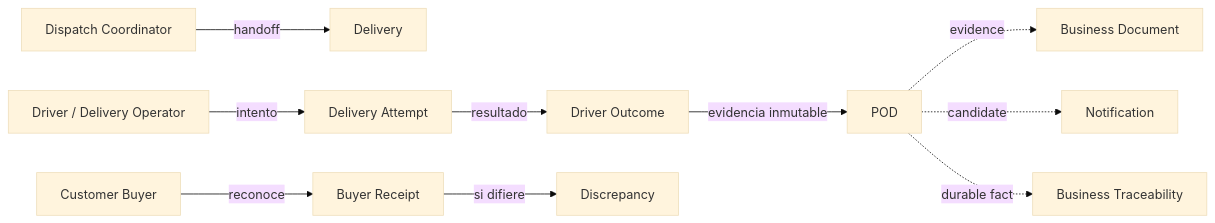
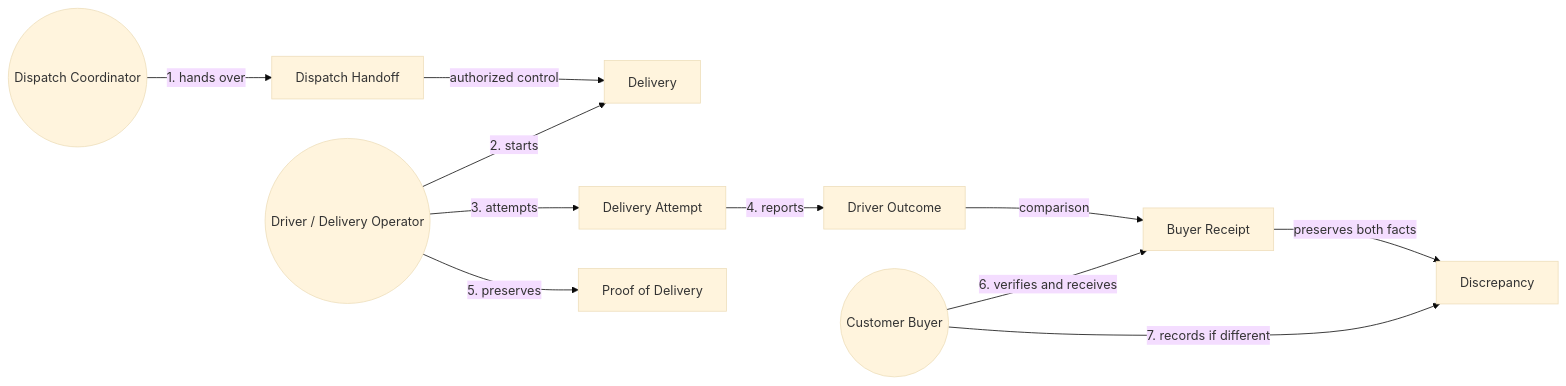
Before and after one commit to nexa-suite/mobile-report: the fourth of 5 diagrams in report/02-requirements-and-software-solution-design/2.5-strategic-level-domain-driven-design/2.5.1-eventstorming/2.5.1.2-domain-message-flows-modeling.md, drawn with Mermaid (base theme). The commit also changed other lines of this file and 41 other files, not shown here.

````diff
--- a/report/02-requirements-and-software-solution-design/2.5-strategic-level-domain-driven-design/2.5.1-eventstorming/2.5.1.2-domain-message-flows-modeling.md
+++ b/report/02-requirements-and-software-solution-design/2.5-strategic-level-domain-driven-design/2.5.1-eventstorming/2.5.1.2-domain-message-flows-modeling.md
@@ -163,12 +189,13 @@
-~~~mermaid
+```mermaid
 flowchart LR
-  dispatch["Dispatch Coordinator"] -->|handoff| delivery["Delivery"]
-  driver["Driver / Delivery Operator"] -->|intento| attempt["Delivery Attempt"]
-  attempt -->|resultado| outcome["Driver Outcome"]
-  outcome -->|evidencia inmutable| pod["POD"]
-  buyer["Customer Buyer"] -->|reconoce| receipt["Buyer Receipt"]
-  receipt -->|si difiere| discrepancy["Discrepancy"]
-  pod -.->|evidence| document["Business Document"]
-  pod -.->|candidate| notification["Notification"]
-  pod -.->|durable fact| timeline["Business Traceability"]
-~~~
+  dispatch((Dispatch Coordinator)) -->|1. hands over| handoff[Dispatch Handoff]
+  driver((Driver / Delivery Operator)) -->|2. starts| delivery[Delivery]
+  handoff -->|authorized control| delivery
+  driver -->|3. attempts| attempt[Delivery Attempt]
+  attempt -->|4. reports| outcome[Driver Outcome]
+  driver -->|5. preserves| pod[Proof of Delivery]
+  buyer((Customer Buyer)) -->|6. verifies and receives| receipt[Buyer Receipt]
+  outcome -->|comparison| receipt
+  buyer -->|7. records if different| discrepancy[Discrepancy]
+  receipt -->|preserves both facts| discrepancy
+```
````
